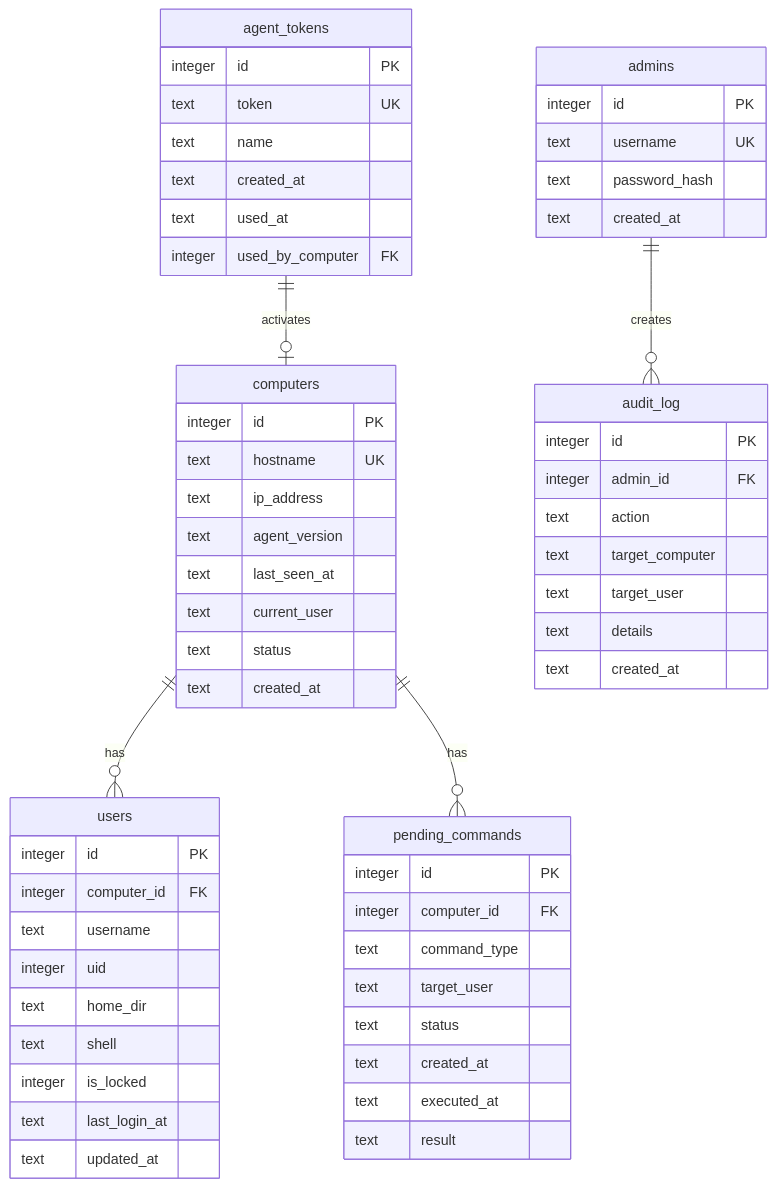
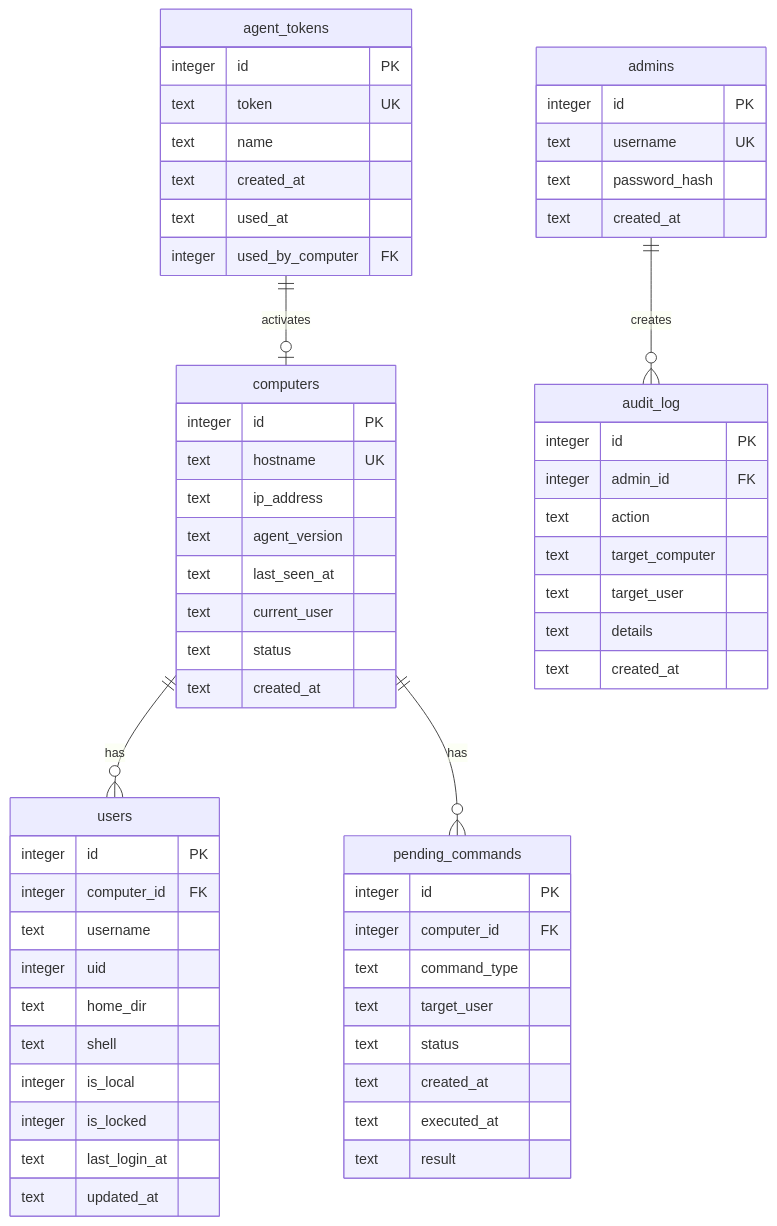
One commit to SlavikCA/u-manager changed the second of 4 diagrams in server/plans/architecture.md. Above: the diagram before and after it, drawn with Mermaid. The commit also changed other lines of this file and 16 other files, not shown here.

````diff
--- a/server/plans/architecture.md
+++ b/server/plans/architecture.md
@@ -38,67 +38,68 @@
 ```mermaid
 erDiagram
     admins {
         integer id PK
         text username UK
         text password_hash
         text created_at
     }
     
     agent_tokens {
         integer id PK
         text token UK
         text name
         text created_at
         text used_at
         integer used_by_computer FK
     }
     
     computers {
         integer id PK
         text hostname UK
         text ip_address
         text agent_version
         text last_seen_at
         text current_user
         text status
         text created_at
     }
     
     users {
         integer id PK
         integer computer_id FK
         text username
         integer uid
         text home_dir
         text shell
+        integer is_local
         integer is_locked
         text last_login_at
         text updated_at
     }
     
     pending_commands {
         integer id PK
         integer computer_id FK
         text command_type
         text target_user
         text status
         text created_at
         text executed_at
         text result
     }
     
     audit_log {
         integer id PK
         integer admin_id FK
         text action
         text target_computer
         text target_user
         text details
         text created_at
     }
     
     computers ||--o{ users : has
     computers ||--o{ pending_commands : has
     agent_tokens ||--o| computers : activates
     admins ||--o{ audit_log : creates
 ```
````
